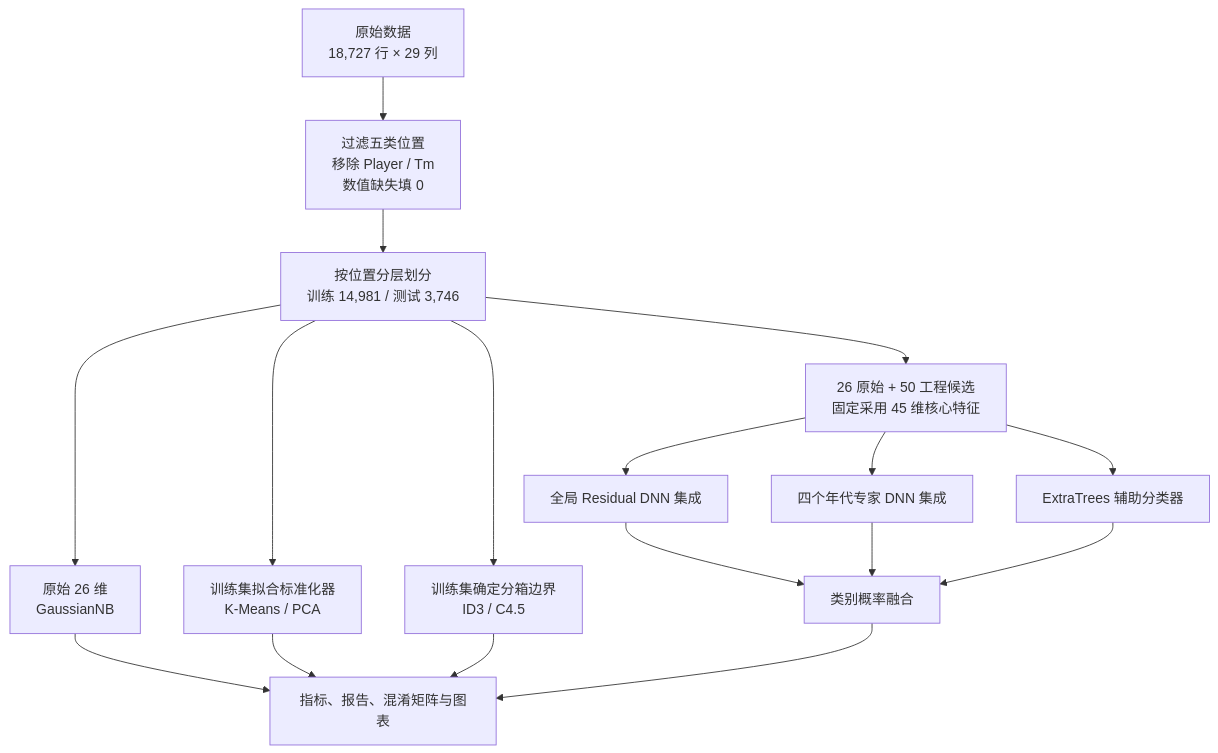
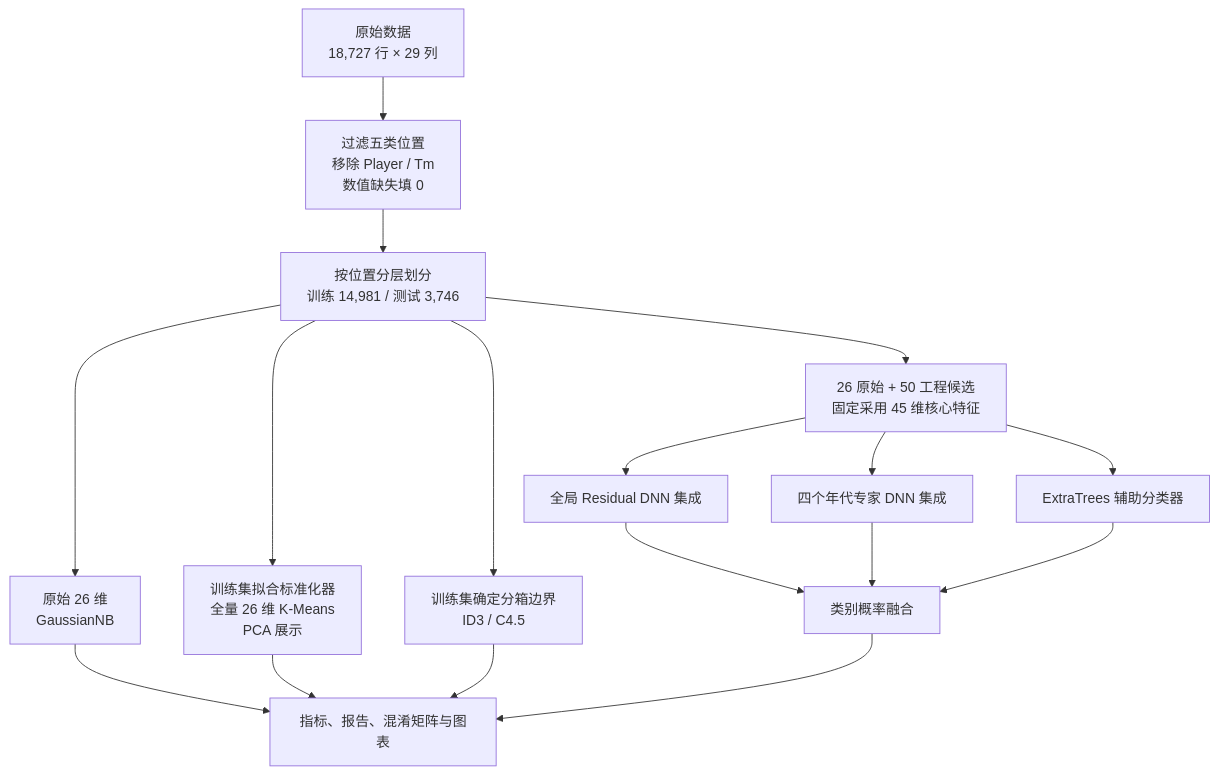
One commit to LRZer/nba-player-position-prediction changed the first of 3 diagrams in README.md. Above: the diagram before and after it, drawn with Mermaid. The commit also changed other lines of this file and 2 other files, not shown here.

Commit message:
Clarify model architecture and training pipeline in bilingual READMEs

````diff
--- a/README.md
+++ b/README.md
@@ -21,19 +28,19 @@
 ```mermaid
 flowchart TD
     A[原始数据<br/>18,727 行 × 29 列] --> B[过滤五类位置<br/>移除 Player / Tm<br/>数值缺失填 0]
     B --> C[按位置分层划分<br/>训练 14,981 / 测试 3,746]
     C --> D1[原始 26 维<br/>GaussianNB]
-    C --> D2[训练集拟合标准化器<br/>K-Means / PCA]
+    C --> D2[训练集拟合标准化器<br/>全量 26 维 K-Means<br/>PCA 展示]
     C --> D3[训练集确定分箱边界<br/>ID3 / C4.5]
     C --> E[26 原始 + 50 工程候选<br/>固定采用 45 维核心特征]
     E --> F[全局 Residual DNN 集成]
     E --> G[四个年代专家 DNN 集成]
     E --> H[ExtraTrees 辅助分类器]
     F --> I[类别概率融合]
     G --> I
     H --> I
     D1 --> J[指标、报告、混淆矩阵与图表]
     D2 --> J
     D3 --> J
     I --> J
 ```
````
